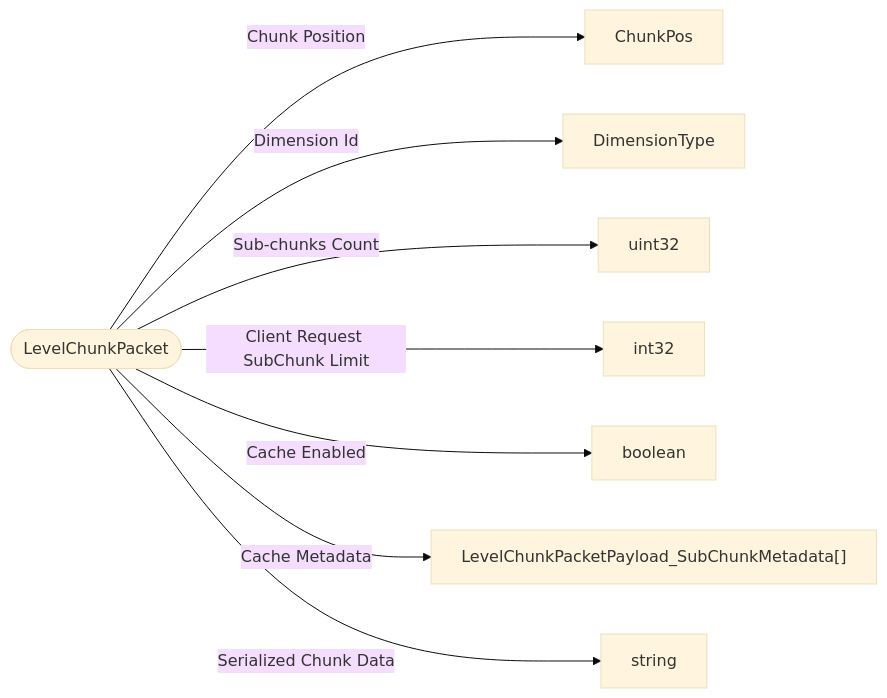
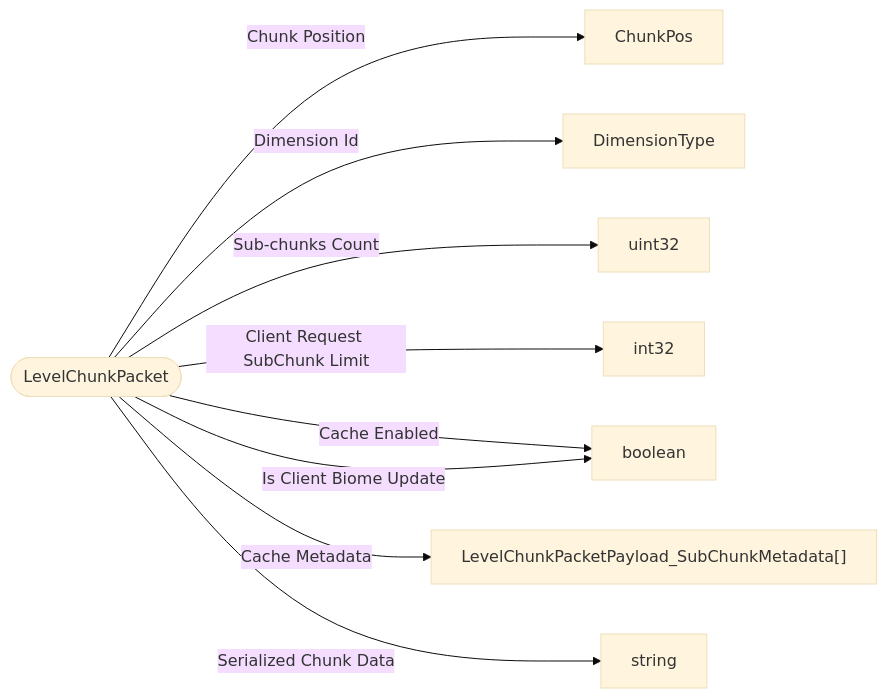
The diagram in schemas/packets/LevelChunkPacket.md (bedrock-v/protocol-docs), drawn with Mermaid (base theme) before and after one commit. The commit also changed 3 other files, not shown here.

````diff
--- a/schemas/packets/LevelChunkPacket.md
+++ b/schemas/packets/LevelChunkPacket.md
@@ -7,11 +7,12 @@
 ```mermaid
 flowchart LR
   ROOT(["LevelChunkPacket"])
   ROOT -->|"Chunk Position"| ChunkPos["ChunkPos"]
   ROOT -->|"Dimension Id"| DimensionType["DimensionType"]
   ROOT -->|"Sub-chunks Count"| uint32["uint32"]
   ROOT -->|"Client Request SubChunk Limit"| int32["int32"]
   ROOT -->|"Cache Enabled"| boolean["boolean"]
   ROOT -->|"Cache Metadata"| LevelChunkPacketPayload_SubChunkMetadata["LevelChunkPacketPayload_SubChunkMetadata[]"]
   ROOT -->|"Serialized Chunk Data"| string["string"]
+  ROOT -->|"Is Client Biome Update"| boolean["boolean"]
 ```
````
